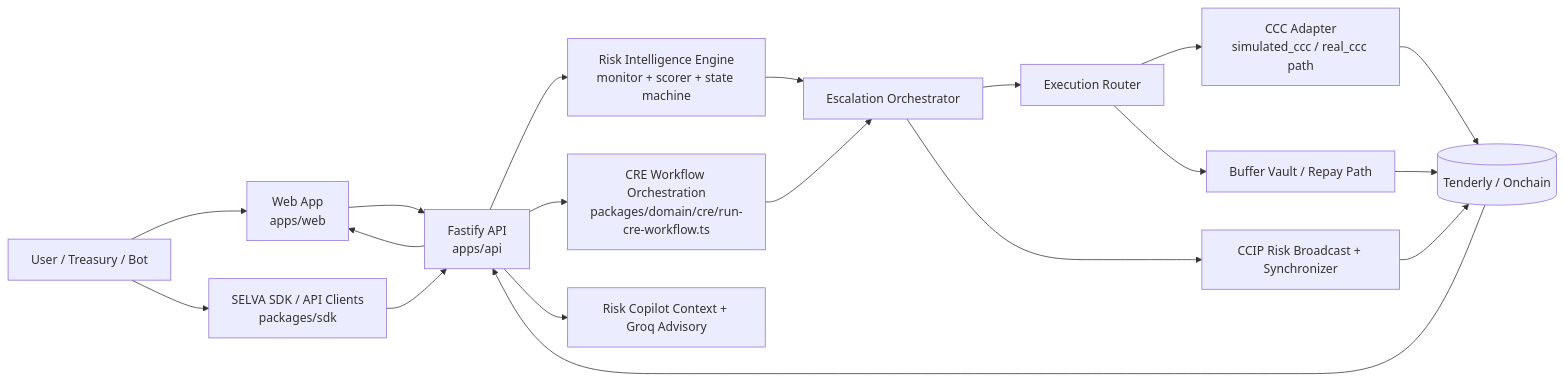
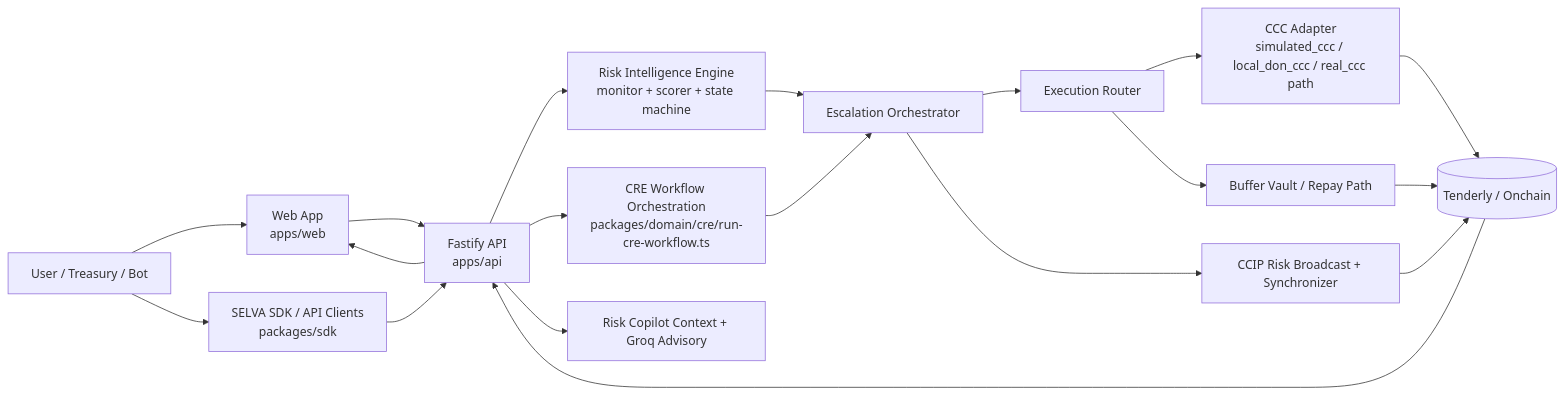
Before and after one commit to FrankezeCode/Aquarius: the first of 3 diagrams in README.md, drawn with Mermaid. The commit also changed other lines of this file and 7 other files, not shown here.

Commit message:
feat(api): add local_don_ccc callback-to-execution pipeline with replay/timeout guards

````diff
--- a/README.md
+++ b/README.md
@@ -117,26 +119,26 @@
 ```mermaid
 flowchart LR
     U[User / Treasury / Bot] --> W[Web App\napps/web]
     U --> S[SELVA SDK / API Clients\npackages/sdk]
     W --> API[Fastify API\napps/api]
     S --> API
 
     API --> RI[Risk Intelligence Engine\nmonitor + scorer + state machine]
     API --> CRE[CRE Workflow Orchestration\npackages/domain/cre/run-cre-workflow.ts]
     API --> COP[Risk Copilot Context + Groq Advisory]
 
     RI --> ESC[Escalation Orchestrator]
     CRE --> ESC
 
     ESC --> EXE[Execution Router]
-    EXE --> CCC[CCC Adapter\nsimulated_ccc / real_ccc path]
+    EXE --> CCC[CCC Adapter\nsimulated_ccc / local_don_ccc / real_ccc path]
     EXE --> VAULT[Buffer Vault / Repay Path]
 
     ESC --> CCIP[CCIP Risk Broadcast + Synchronizer]
     CCC --> CHAIN[(Tenderly / Onchain)]
     VAULT --> CHAIN
     CCIP --> CHAIN
 
     CHAIN --> API
     API --> W
 ```
````
